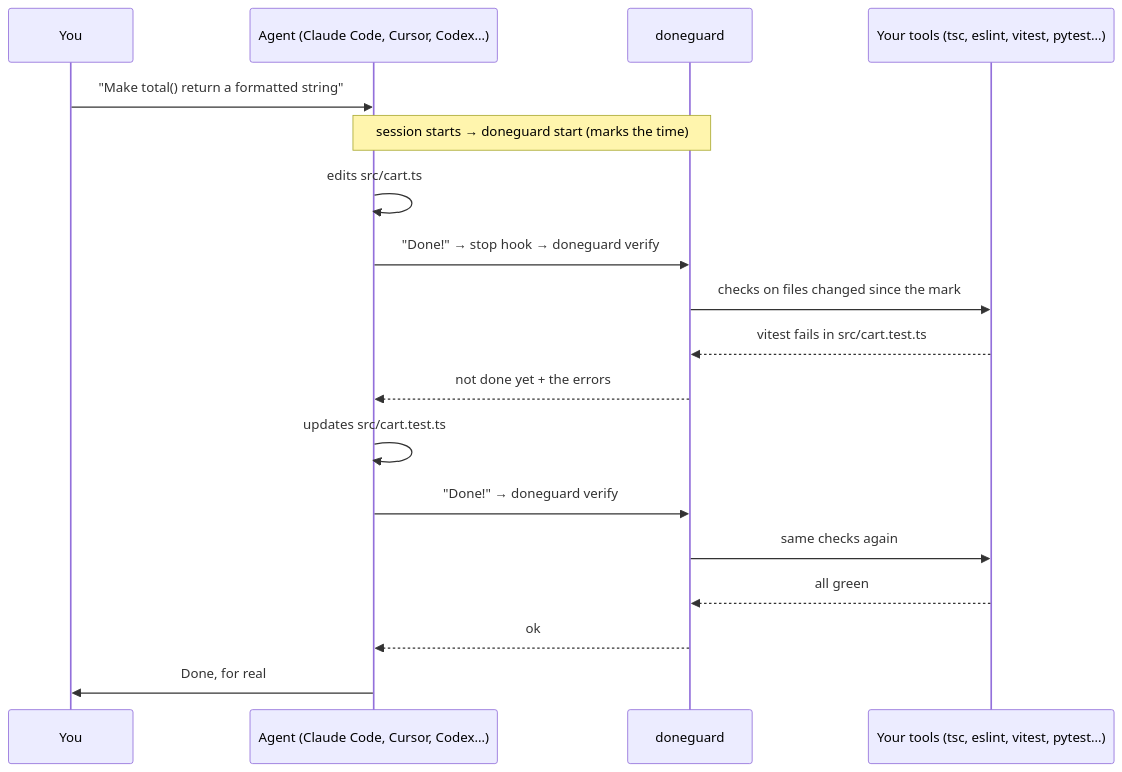
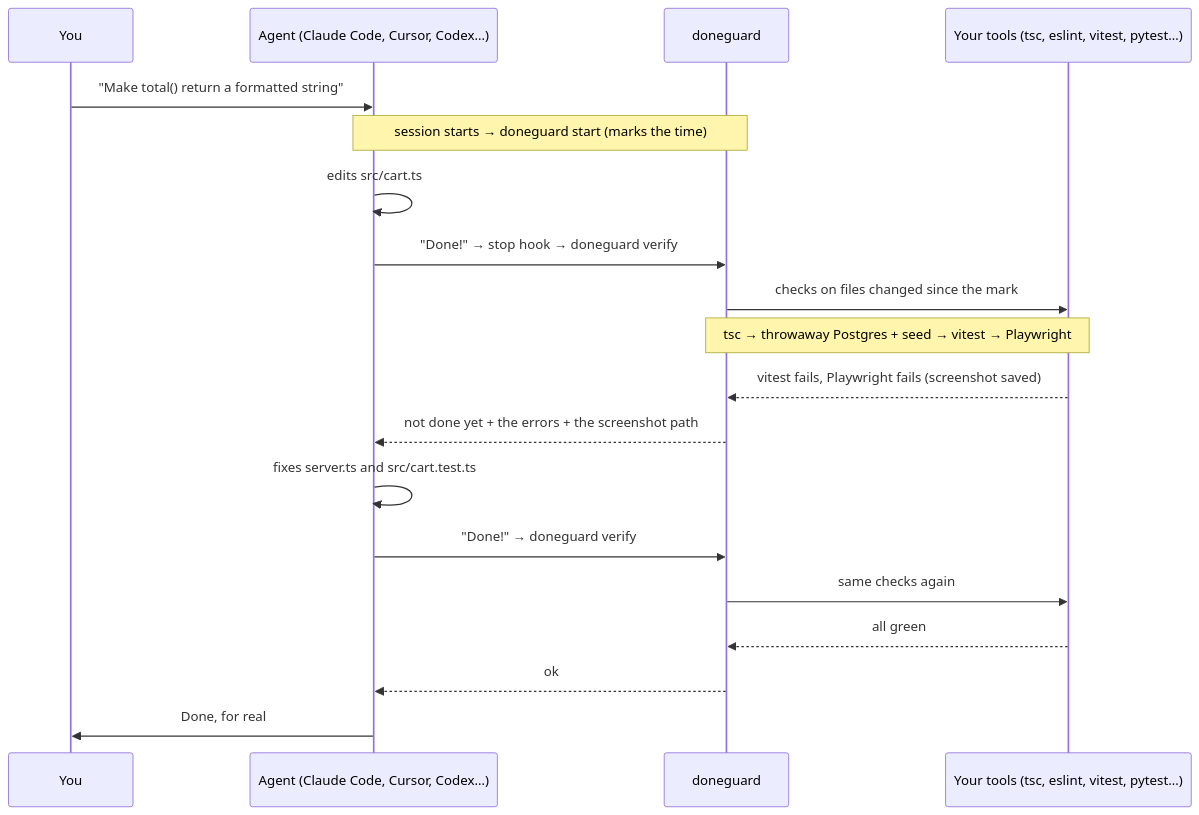
One commit to abranchesia/doneguard changed the diagram in README.md. Above: the diagram before and after it, drawn with Mermaid. The commit also changed other lines of this file and 12 other files, not shown here.

````diff
--- a/README.md
+++ b/README.md
@@ -54,20 +58,21 @@
 ```mermaid
 sequenceDiagram
     participant You
     participant Agent as Agent (Claude Code, Cursor, Codex…)
     participant DG as doneguard
     participant Tools as Your tools (tsc, eslint, vitest, pytest…)
     You->>Agent: "Make total() return a formatted string"
     Note over Agent,DG: session starts → doneguard start (marks the time)
     Agent->>Agent: edits src/cart.ts
     Agent->>DG: "Done!" → stop hook → doneguard verify
     DG->>Tools: checks on files changed since the mark
-    Tools-->>DG: vitest fails in src/cart.test.ts
-    DG-->>Agent: not done yet + the errors
-    Agent->>Agent: updates src/cart.test.ts
+    Note over DG,Tools: tsc → throwaway Postgres + seed → vitest → Playwright
+    Tools-->>DG: vitest fails, Playwright fails (screenshot saved)
+    DG-->>Agent: not done yet + the errors + the screenshot path
+    Agent->>Agent: fixes server.ts and src/cart.test.ts
     Agent->>DG: "Done!" → doneguard verify
     DG->>Tools: same checks again
     Tools-->>DG: all green
     DG-->>Agent: ok
     Agent->>You: Done, for real
 ```
````
